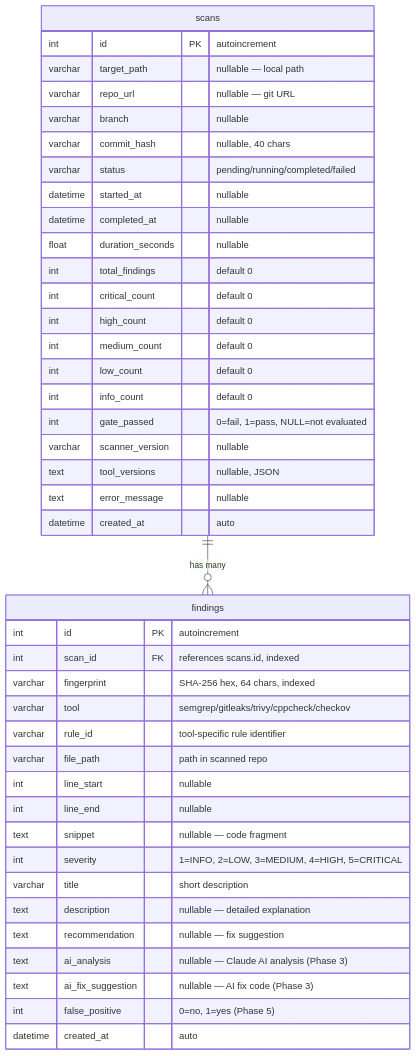
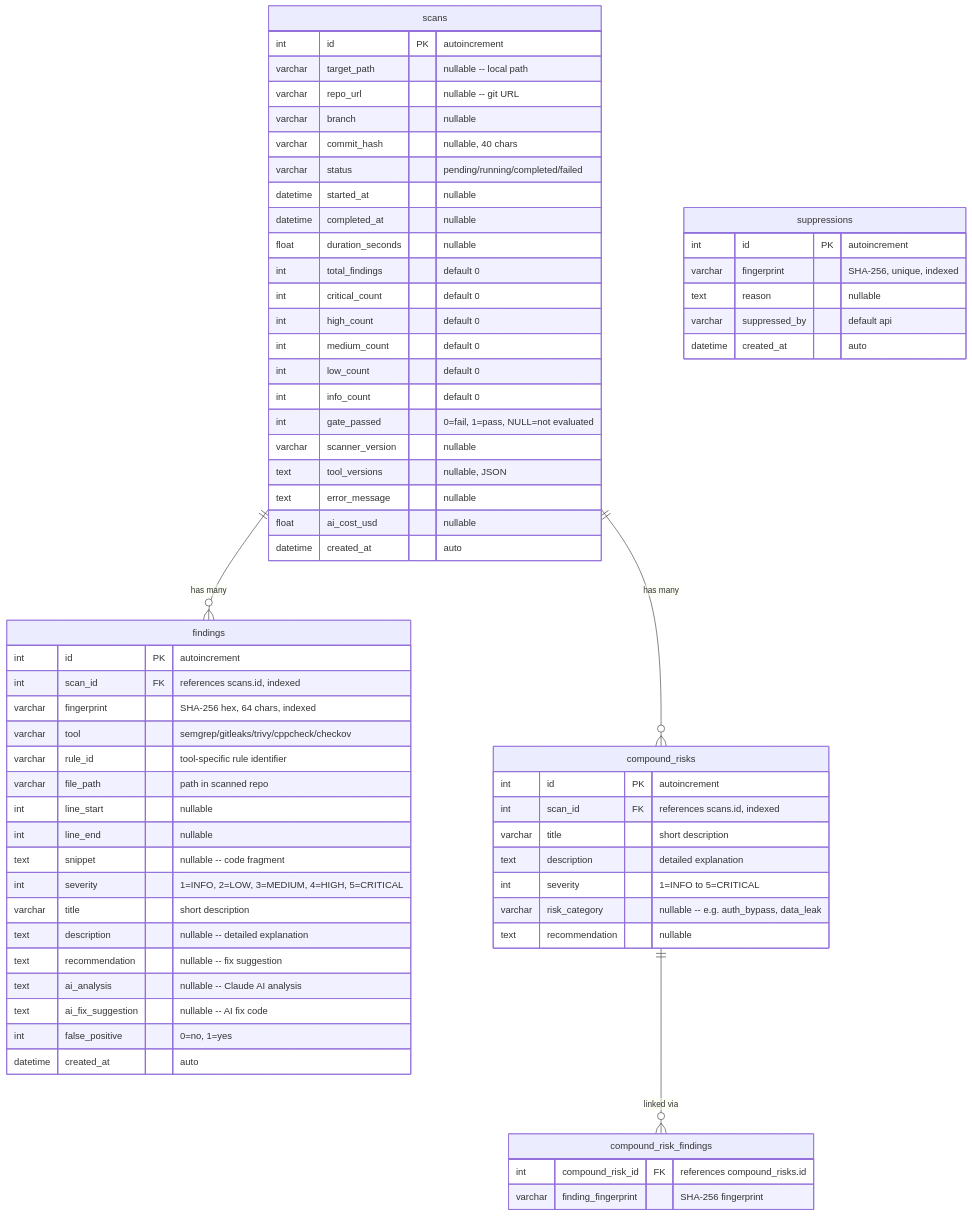
One commit to AlexTalorJr/source-code-security-ai-checker changed the diagram in docs/en/database-schema.md. Above: the diagram before and after it, drawn with Mermaid. The commit also changed other lines of this file and 9 other files, not shown here.

````diff
--- a/docs/en/database-schema.md
+++ b/docs/en/database-schema.md
@@ -11,47 +9,73 @@
 ```mermaid
 erDiagram
     scans ||--o{ findings : "has many"
+    scans ||--o{ compound_risks : "has many"
+    compound_risks ||--o{ compound_risk_findings : "linked via"
 
     scans {
         int id PK "autoincrement"
-        varchar target_path "nullable — local path"
-        varchar repo_url "nullable — git URL"
+        varchar target_path "nullable -- local path"
+        varchar repo_url "nullable -- git URL"
         varchar branch "nullable"
         varchar commit_hash "nullable, 40 chars"
         varchar status "pending/running/completed/failed"
         datetime started_at "nullable"
         datetime completed_at "nullable"
         float duration_seconds "nullable"
         int total_findings "default 0"
         int critical_count "default 0"
         int high_count "default 0"
         int medium_count "default 0"
         int low_count "default 0"
         int info_count "default 0"
         int gate_passed "0=fail, 1=pass, NULL=not evaluated"
         varchar scanner_version "nullable"
         text tool_versions "nullable, JSON"
         text error_message "nullable"
+        float ai_cost_usd "nullable"
         datetime created_at "auto"
     }
 
     findings {
         int id PK "autoincrement"
         int scan_id FK "references scans.id, indexed"
         varchar fingerprint "SHA-256 hex, 64 chars, indexed"
         varchar tool "semgrep/gitleaks/trivy/cppcheck/checkov"
         varchar rule_id "tool-specific rule identifier"
         varchar file_path "path in scanned repo"
         int line_start "nullable"
         int line_end "nullable"
-        text snippet "nullable — code fragment"
+        text snippet "nullable -- code fragment"
         int severity "1=INFO, 2=LOW, 3=MEDIUM, 4=HIGH, 5=CRITICAL"
         varchar title "short description"
-        text description "nullable — detailed explanation"
-        text recommendation "nullable — fix suggestion"
-        text ai_analysis "nullable — Claude AI analysis (Phase 3)"
-        text ai_fix_suggestion "nullable — AI fix code (Phase 3)"
-        int false_positive "0=no, 1=yes (Phase 5)"
+        text description "nullable -- detailed explanation"
+        text recommendation "nullable -- fix suggestion"
+        text ai_analysis "nullable -- Claude AI analysis"
+        text ai_fix_suggestion "nullable -- AI fix code"
+        int false_positive "0=no, 1=yes"
+        datetime created_at "auto"
+    }
+
+    compound_risks {
+        int id PK "autoincrement"
+        int scan_id FK "references scans.id, indexed"
+        varchar title "short description"
+        text description "detailed explanation"
+        int severity "1=INFO to 5=CRITICAL"
+        varchar risk_category "nullable -- e.g. auth_bypass, data_leak"
+        text recommendation "nullable"
+    }
+
+    compound_risk_findings {
+        int compound_risk_id FK "references compound_risks.id"
+        varchar finding_fingerprint "SHA-256 fingerprint"
+    }
+
+    suppressions {
+        int id PK "autoincrement"
+        varchar fingerprint "SHA-256, unique, indexed"
+        text reason "nullable"
+        varchar suppressed_by "default api"
         datetime created_at "auto"
     }
 ```
````
